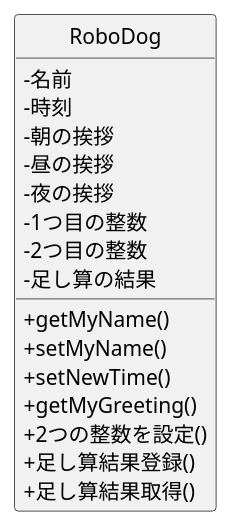
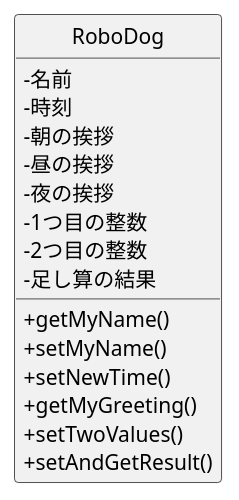
One commit to amaneko0608/ohara_uml changed the diagram in 06_robo_dog/class.pu. Above: the diagram before and after it, drawn with PlantUML. The commit also changed 3 other files, not shown here.

```diff
--- a/06_robo_dog/class.pu
+++ b/06_robo_dog/class.pu
@@ -1,24 +1,23 @@
 @startuml Robodogクラス図
 skinparam classAttributeIconSize 0
 hide circle
-
+ 
 class RoboDog {
- -名前
- -時刻
- -朝の挨拶
- -昼の挨拶
- -夜の挨拶
- -1つ目の整数
- -2つ目の整数
- -足し算の結果
-
- +getMyName()
- +setMyName()
- +setNewTime()
- +getMyGreeting()
- +2つの整数を設定()
- +足し算結果登録()
- +足し算結果取得()
+-名前
+-時刻
+-朝の挨拶
+-昼の挨拶
+-夜の挨拶
+-1つ目の整数
+-2つ目の整数
+-足し算の結果
+ 
++getMyName()
++setMyName()
++setNewTime()
++getMyGreeting()
++setTwoValues()
++setAndGetResult()
 }
-
+ 
 @enduml
```
